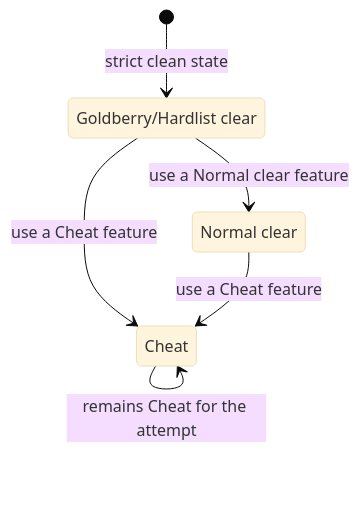
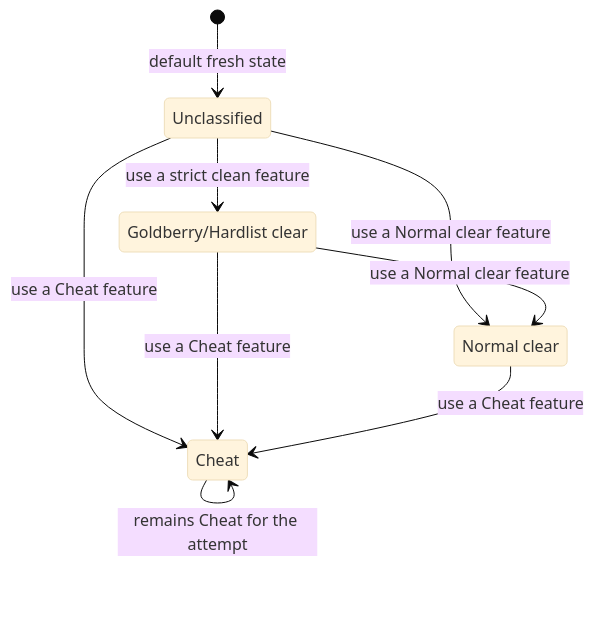
Before and after one commit to Microck/akron: the diagram in docs/getting-started/first-run.mdx, drawn with Mermaid (base theme). The commit also changed other lines of this file and 26 other files, not shown here.

````diff
--- a/docs/getting-started/first-run.mdx
+++ b/docs/getting-started/first-run.mdx
@@ -36,11 +36,15 @@
 ```mermaid
 stateDiagram-v2
-  [*] --> strict: strict clean state
+  [*] --> unclassified: default fresh state
+  unclassified: Unclassified
   strict: Goldberry/Hardlist clear
   normal: Normal clear
   cheat: Cheat
+  unclassified --> strict: use a strict clean feature
+  unclassified --> normal: use a Normal clear feature
+  unclassified --> cheat: use a Cheat feature
   strict --> normal: use a Normal clear feature
   strict --> cheat: use a Cheat feature
   normal --> cheat: use a Cheat feature
   cheat --> cheat: remains Cheat for the attempt
 ```
````
